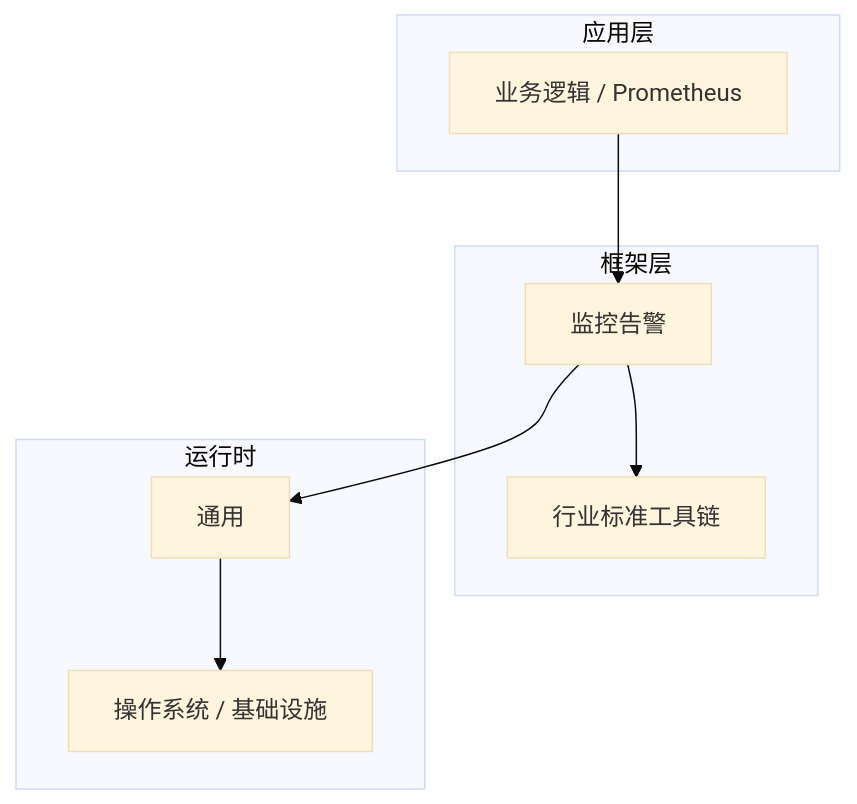
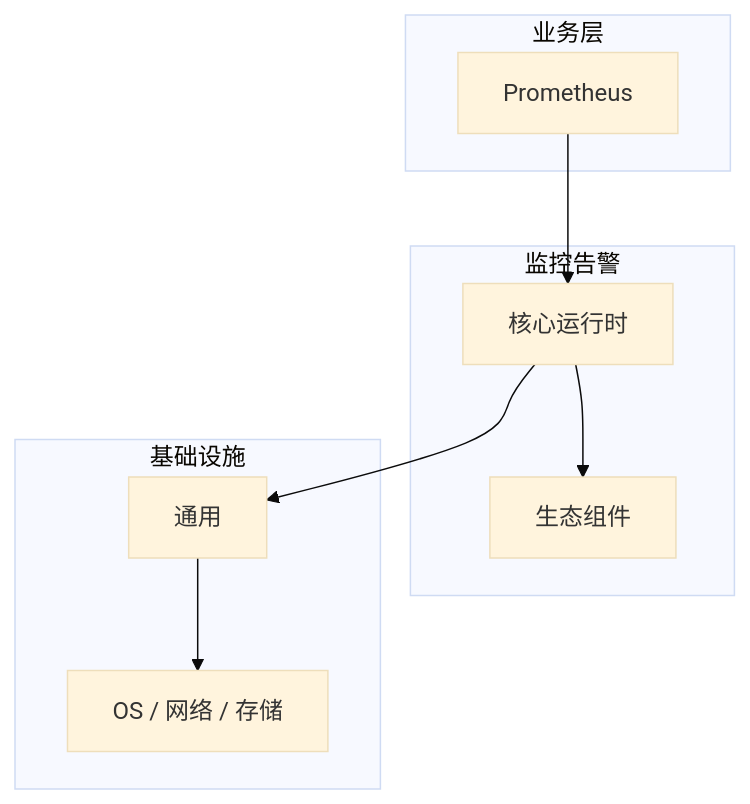
One commit to yanggan2015/knowledge-json-v2 changed the diagram in articles/监控告警/chapters/025-Prometheus核心概念与原理.md. Above: the diagram before and after it, drawn with Mermaid (base theme). The commit also changed other lines of this file and 10127 other files, not shown here.

````diff
--- a/articles/监控告警/chapters/025-Prometheus核心概念与原理.md
+++ b/articles/监控告警/chapters/025-Prometheus核心概念与原理.md
@@ -45,18 +34,18 @@
 ```mermaid
 graph TB
-    subgraph 应用层
-        A[业务逻辑 / Prometheus]
+    subgraph 业务层
+        A[Prometheus]
     end
-    subgraph 框架层
-        B[监控告警]
-        C[行业标准工具链]
+    subgraph 监控告警
+        B[核心运行时]
+        C[生态组件]
     end
-    subgraph 运行时
+    subgraph 基础设施
         D[通用]
-        E[操作系统 / 基础设施]
+        E[OS / 网络 / 存储]
     end
     A --> B
     B --> C
     B --> D
     D --> E
 ```
````
